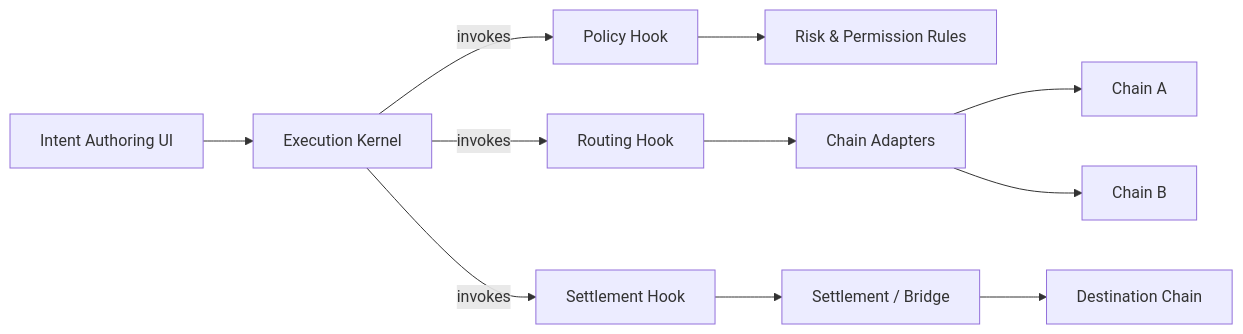
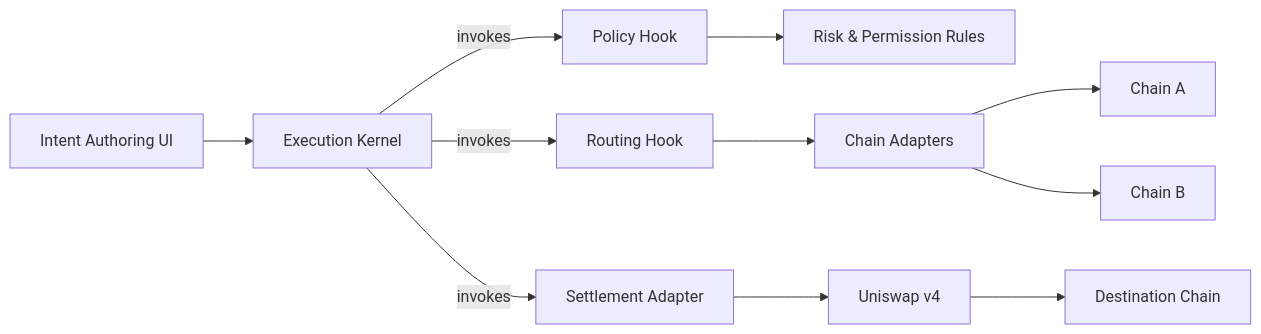
Before and after one commit to hashpass-tech/jack: the first of 3 diagrams in apps/docs/docs/architecture.md, drawn with Mermaid. The commit also changed other lines of this file and 4 other files, not shown here.

Commit message:
Add comprehensive settlement adapter documentation

````diff
--- a/apps/docs/docs/architecture.md
+++ b/apps/docs/docs/architecture.md
@@ -12,13 +12,13 @@
 ```mermaid
 flowchart LR
   UI[Intent Authoring UI] --> Kernel[Execution Kernel]
   Kernel -->|invokes| PolicyHook[Policy Hook]
   Kernel -->|invokes| RoutingHook[Routing Hook]
-  Kernel -->|invokes| SettlementHook[Settlement Hook]
+  Kernel -->|invokes| SettlementAdapter[Settlement Adapter]
   PolicyHook --> Risk[Risk & Permission Rules]
   RoutingHook --> Adapters[Chain Adapters]
-  SettlementHook --> Bridge[Settlement / Bridge]
+  SettlementAdapter --> Uniswap[Uniswap v4]
   Adapters --> ChainA[Chain A]
   Adapters --> ChainB[Chain B]
-  Bridge --> FinalChain[Destination Chain]
+  Uniswap --> FinalChain[Destination Chain]
 ```
````
